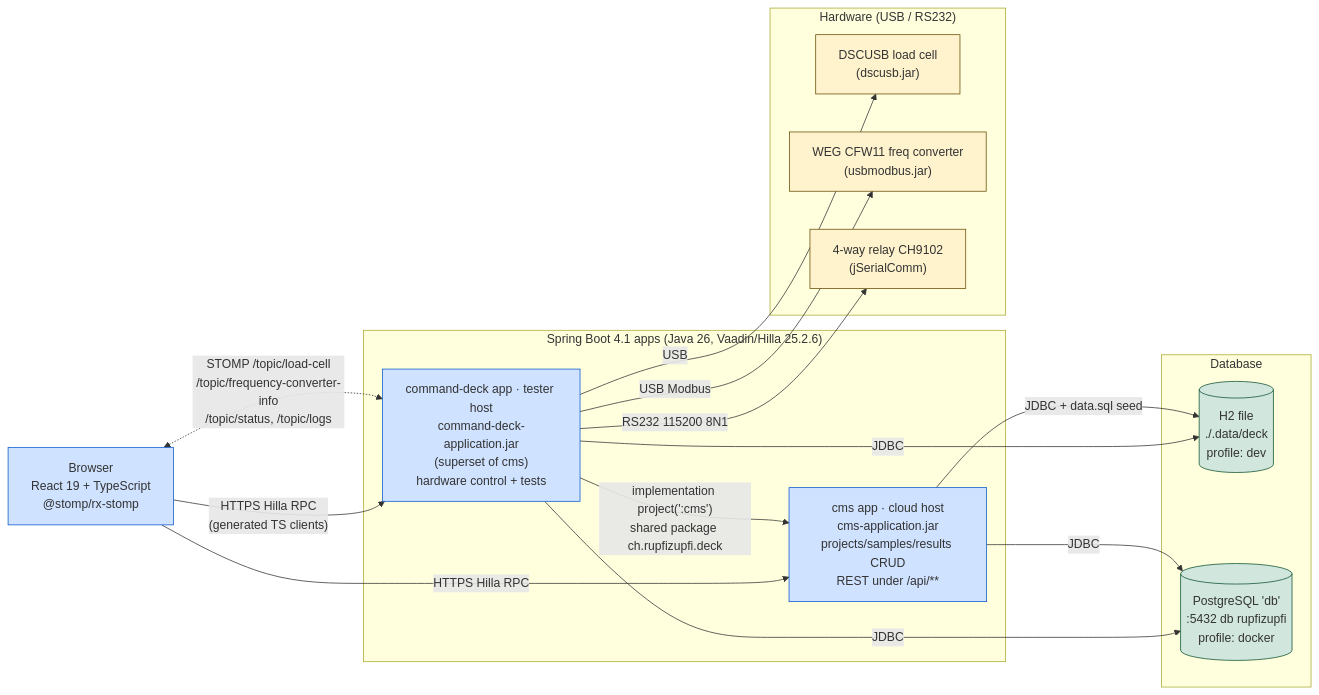
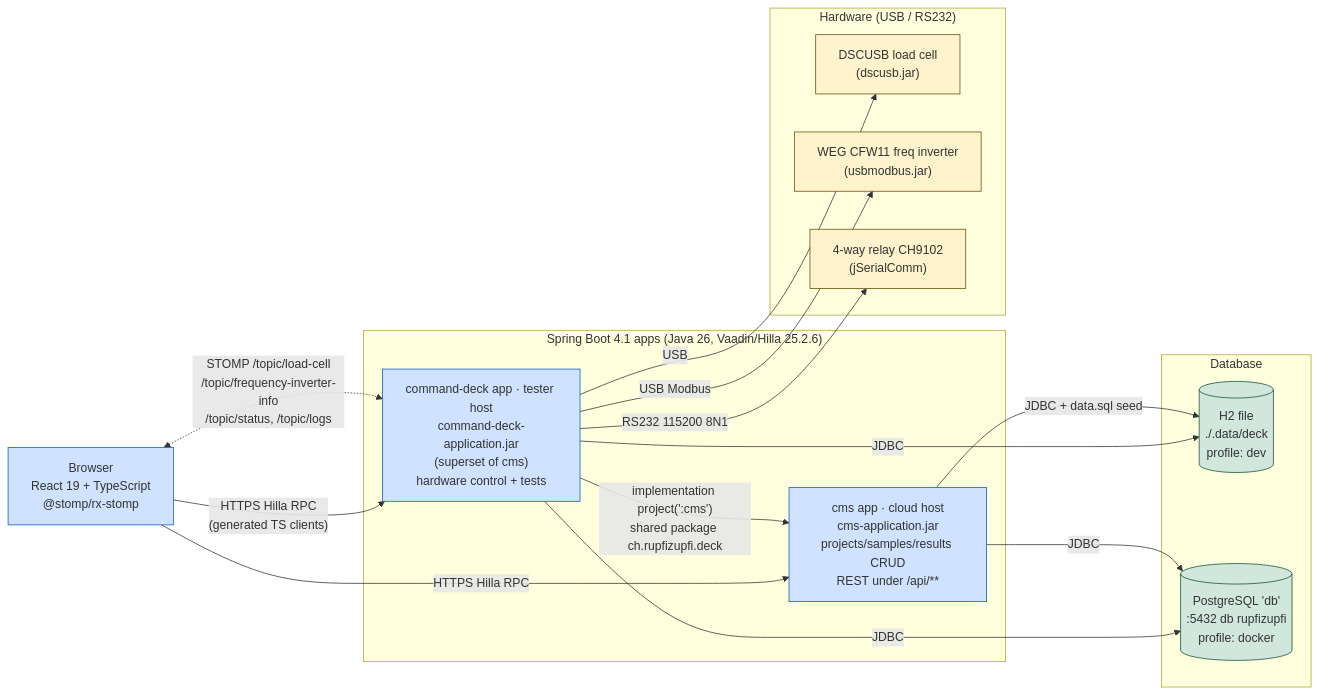
Before and after one commit to rupfizupfi/breaktest-command-deck: the diagram in doc/diagrams/src/c4-container.mmd, drawn with Mermaid. The commit also changed 29 other files, not shown here.

```diff
--- a/doc/diagrams/src/c4-container.mmd
+++ b/doc/diagrams/src/c4-container.mmd
@@ -1,40 +1,40 @@
 %% C4 Container diagram for Breaktest Command Deck
 %% Branch: main @ 2026-08-29
 %% Sources: settings.gradle, docker/docker-compose.yaml, application*.properties,
 %%          command-deck/build.gradle (depends on :cms), lib/dscusb.jar
 flowchart LR
     BR["Browser<br/>React 19 + TypeScript<br/>@stomp/rx-stomp"]:::container
 
     subgraph Apps["Spring Boot 4.1 apps (Java 26, Vaadin/Hilla 25.2.6)"]
         DECK["command-deck app · tester host<br/>command-deck-application.jar<br/>(superset of cms)<br/>hardware control + tests"]:::container
         CMS["cms app · cloud host<br/>cms-application.jar<br/>projects/samples/results CRUD<br/>REST under /api/**"]:::container
     end
 
     subgraph DB["Database"]
         H2[("H2 file<br/>./.data/deck<br/>profile: dev")]:::store
         PG[("PostgreSQL 'db'<br/>:5432 db rupfizupfi<br/>profile: docker")]:::store
     end
 
     subgraph HW["Hardware (USB / RS232)"]
         LC["DSCUSB load cell<br/>(dscusb.jar)"]:::hw
-        CFW["WEG CFW11 freq converter<br/>(usbmodbus.jar)"]:::hw
+        CFW["WEG CFW11 freq inverter<br/>(usbmodbus.jar)"]:::hw
         REL["4-way relay CH9102<br/>(jSerialComm)"]:::hw
     end
 
     BR -- "HTTPS Hilla RPC<br/>(generated TS clients)" --> DECK
     BR -- "HTTPS Hilla RPC" --> CMS
-    BR <-. "STOMP /topic/load-cell<br/>/topic/frequency-converter-info<br/>/topic/status, /topic/logs" .-> DECK
+    BR <-. "STOMP /topic/load-cell<br/>/topic/frequency-inverter-info<br/>/topic/status, /topic/logs" .-> DECK
 
     DECK -- "implementation project(':cms')<br/>shared package ch.rupfizupfi.deck" --> CMS
     DECK -- "JDBC" --> H2
     DECK -- "JDBC" --> PG
     CMS -- "JDBC + data.sql seed" --> H2
     CMS -- "JDBC" --> PG
 
     DECK -- "USB" --> LC
     DECK -- "USB Modbus" --> CFW
     DECK -- "RS232 115200 8N1" --> REL
 
     classDef container fill:#cfe2ff,stroke:#0a58ca
     classDef store fill:#d1e7dd,stroke:#0f5132
     classDef hw fill:#fff3cd,stroke:#664d03
```
